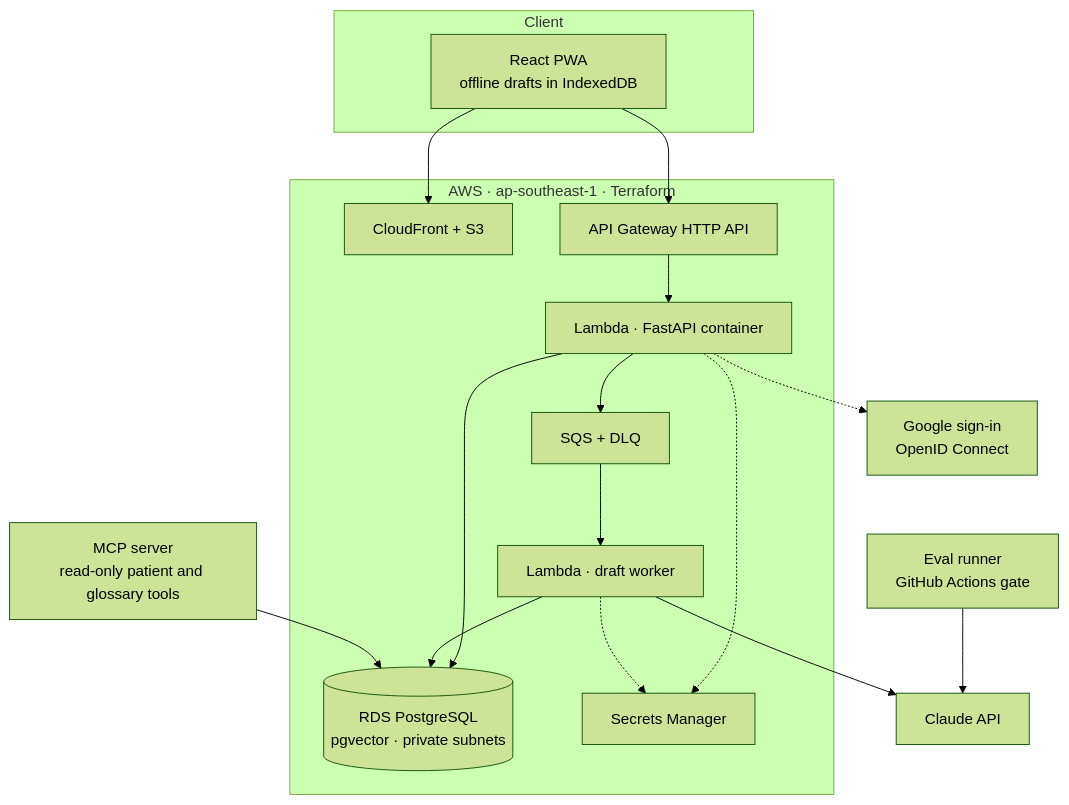
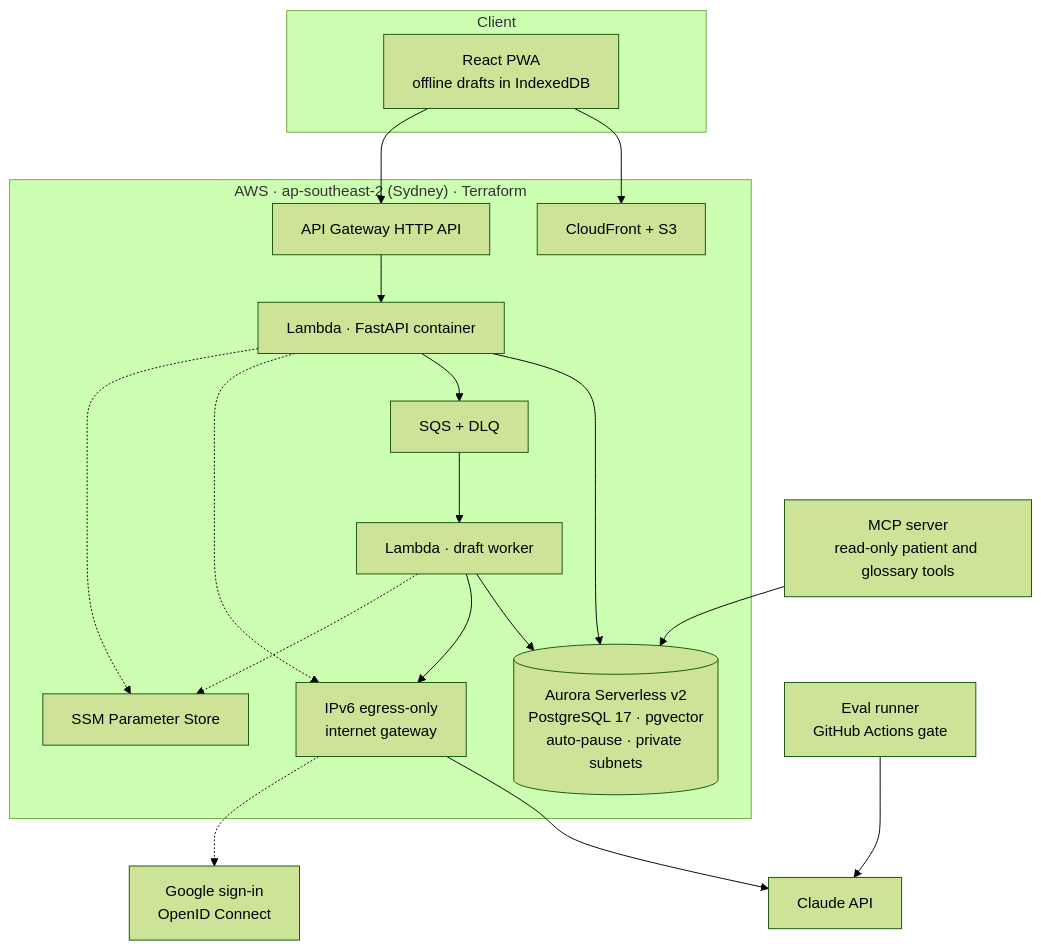
Before and after one commit to RonaldAllanRivera/nursing-ai: the second of 2 diagrams in README.md, drawn with Mermaid (forest theme). The commit also changed other lines of this file and 1 other file, not shown here.

````diff
--- a/README.md
+++ b/README.md
@@ -110,29 +110,30 @@
 ```mermaid
 flowchart TB
     subgraph Client
         W[React PWA<br/>offline drafts in IndexedDB]
     end
-    subgraph AWS["AWS · ap-southeast-1 · Terraform"]
+    subgraph AWS["AWS · ap-southeast-2 (Sydney) · Terraform"]
         CF[CloudFront + S3]
         GW[API Gateway HTTP API]
         API[Lambda · FastAPI container]
         Q[SQS + DLQ]
         WK[Lambda · draft worker]
-        DB[(RDS PostgreSQL<br/>pgvector · private subnets)]
-        SM[Secrets Manager]
+        DB[(Aurora Serverless v2<br/>PostgreSQL 17 · pgvector<br/>auto-pause · private subnets)]
+        PS[SSM Parameter Store]
+        EG[IPv6 egress-only<br/>internet gateway]
     end
     LLM[Claude API]
     GID[Google sign-in<br/>OpenID Connect]
     MCP[MCP server<br/>read-only patient and glossary tools]
     EV[Eval runner<br/>GitHub Actions gate]
 
     W --> CF
     W --> GW --> API --> DB
-    API -.-> GID
     API --> Q --> WK --> DB
-    WK --> LLM
-    API -.-> SM
-    WK -.-> SM
+    WK --> EG --> LLM
+    API -.-> EG -.-> GID
+    API -.-> PS
+    WK -.-> PS
     MCP --> DB
     EV --> LLM
 ```
````
